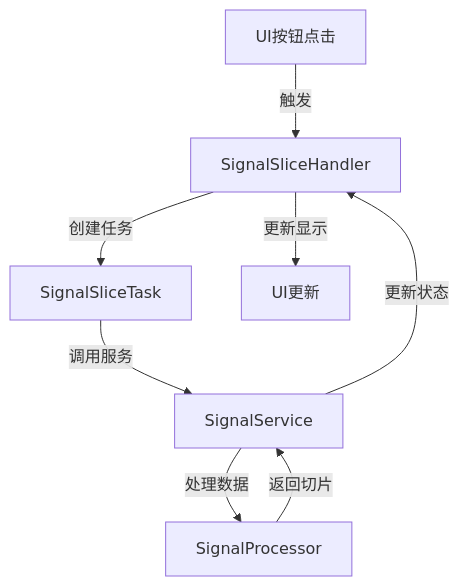
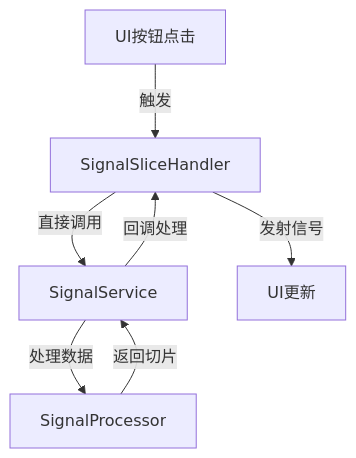
One commit to Zhosolune/RadarIdentifyProject changed diagram 21 of 22 in 知识库.md. Above: the diagram before and after it, drawn with Mermaid. The commit also changed other lines of this file and 17 other files, not shown here.

````diff
--- a/知识库.md
+++ b/知识库.md
@@ -2213,10 +2201,9 @@
   ```mermaid
   graph TD
       A[UI按钮点击] -->|触发| B[SignalSliceHandler]
-      B -->|创建任务| C[SignalSliceTask]
-      C -->|调用服务| D[SignalService]
-      D -->|处理数据| E[SignalProcessor]
-      E -->|返回切片| D
-      D -->|更新状态| B
-      B -->|更新显示| F[UI更新]
+      B -->|直接调用| C[SignalService]
+      C -->|处理数据| D[SignalProcessor]
+      D -->|返回切片| C
+      C -->|回调处理| B
+      B -->|发射信号| E[UI更新]
   ```
````
